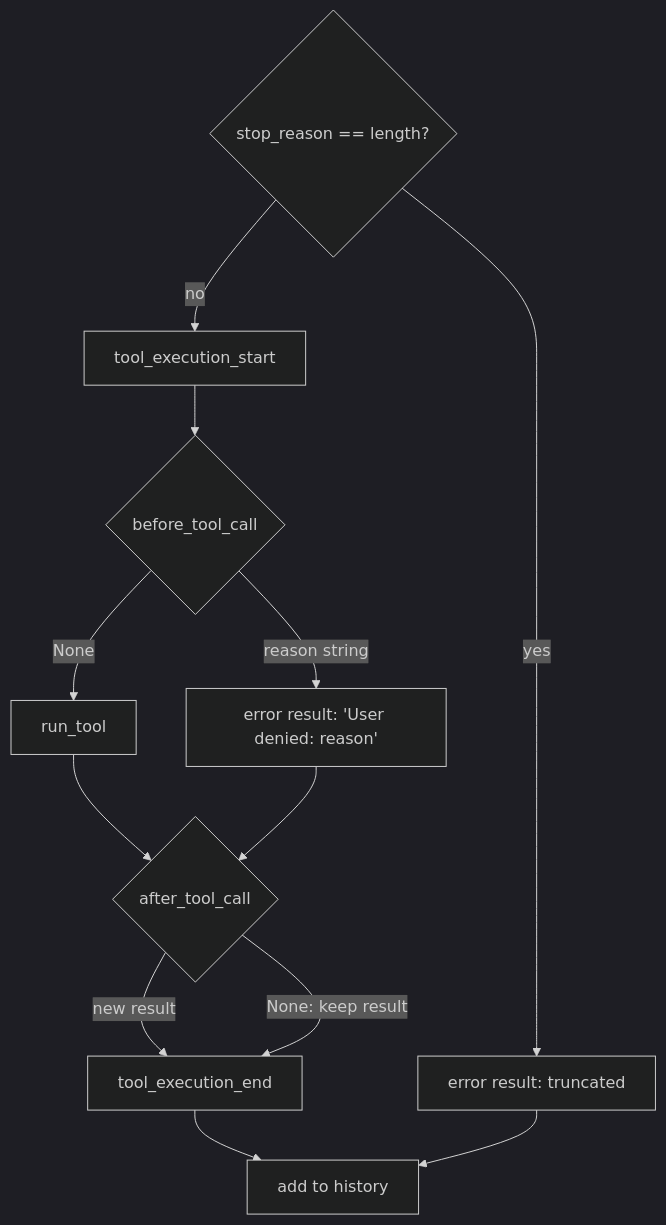
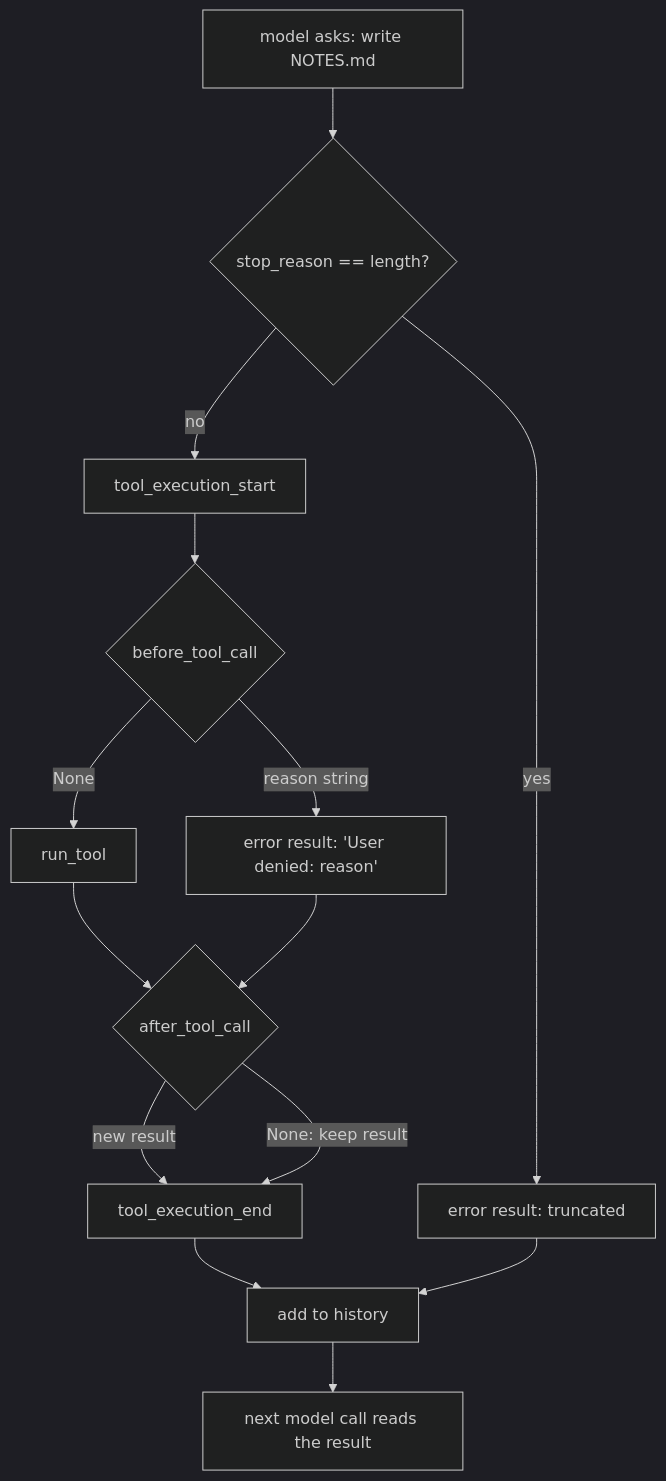
One commit to danhugo/simp-agent changed the second of 2 diagrams in docs/guidebook/08-hooks-approval.md. Above: the diagram before and after it, drawn with Mermaid (dark theme). The commit also changed other lines of this file and 2 other files, not shown here.

Commit message:
guidebook ch08: top-down reorder against writing checklist (story first, hooks in agent_loop, path of one call)

````diff
--- a/docs/guidebook/08-hooks-approval.md
+++ b/docs/guidebook/08-hooks-approval.md
@@ -126,14 +97,16 @@
 ```mermaid
 flowchart TD
-    T{"stop_reason == length?"} -- yes --> X["error result: truncated"]
+    M["model asks: write NOTES.md"] --> T{"stop_reason == length?"}
+    T -- yes --> X["error result: truncated"]
     T -- no --> A[tool_execution_start]
     A --> B{before_tool_call}
     B -- None --> C[run_tool]
     B -- "reason string" --> D["error result: 'User denied: reason'"]
     C --> E{after_tool_call}
     D --> E
     E -- "new result" --> H[tool_execution_end]
     E -- "None: keep result" --> H
     H --> Y[add to history]
     X --> Y
+    Y --> N[next model call reads the result]
 ```
````
